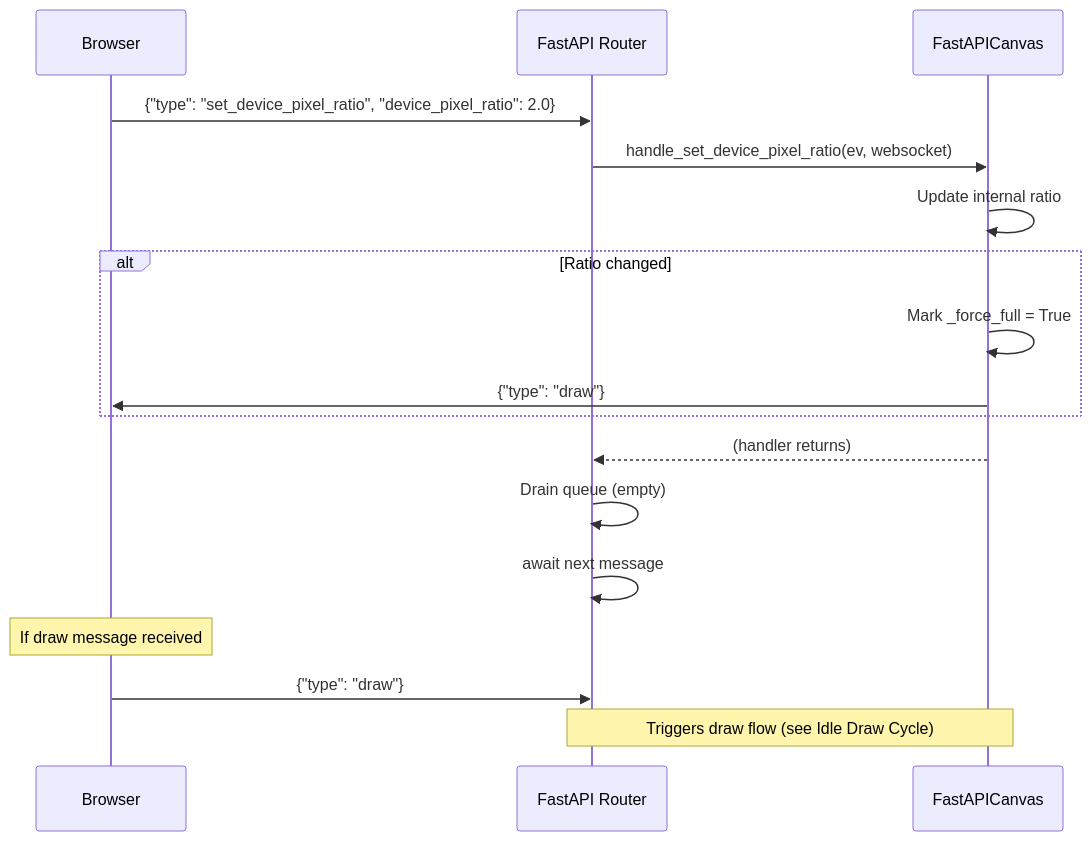
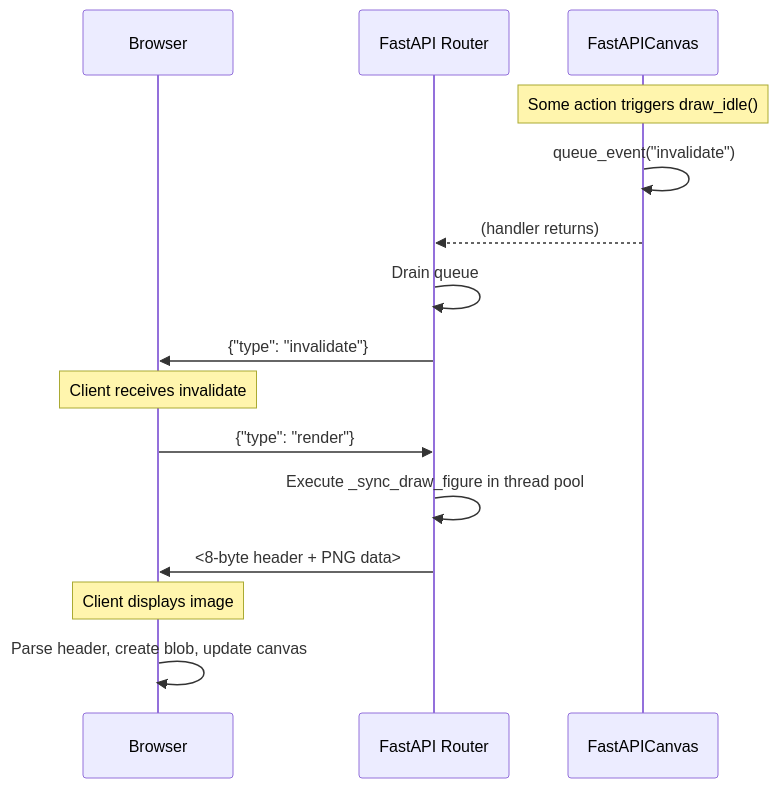
One commit to tacaswell/matplotlib-fastapi changed the second of 3 diagrams in docs/websocket-protocol.md. Above: the diagram before and after it, drawn with Mermaid. The commit also changed other lines of this file and 7 other files, not shown here.

````diff
--- a/docs/websocket-protocol.md
+++ b/docs/websocket-protocol.md
@@ -232,21 +361,20 @@
 ```mermaid
 sequenceDiagram
     participant Client as Browser
     participant Router as FastAPI Router
     participant Backend as FastAPICanvas
 
-    Client->>Router: {"type": "set_device_pixel_ratio", "device_pixel_ratio": 2.0}
-    Router->>Backend: handle_set_device_pixel_ratio(ev, websocket)
-    Backend->>Backend: Update internal ratio
-    alt Ratio changed
-        Backend->>Backend: Mark _force_full = True
-        Backend->>Client: {"type": "draw"}
-    end
+    Note over Backend: Some action triggers draw_idle()
+    Backend->>Backend: queue_event("invalidate")
     Backend-->>Router: (handler returns)
-    Router->>Router: Drain queue (empty)
-    Router->>Router: await next message
+    Router->>Router: Drain queue
+    Router->>Client: {"type": "invalidate"}
     
-    Note over Client: If draw message received
-    Client->>Router: {"type": "draw"}
-    Note over Router,Backend: Triggers draw flow (see Idle Draw Cycle)
+    Note over Client: Client receives invalidate
+    Client->>Router: {"type": "render"}
+    Router->>Router: Execute _sync_draw_figure in thread pool
+    Router->>Client: <8-byte header + PNG data>
+    
+    Note over Client: Client displays image
+    Client->>Client: Parse header, create blob, update canvas
 ```
````
